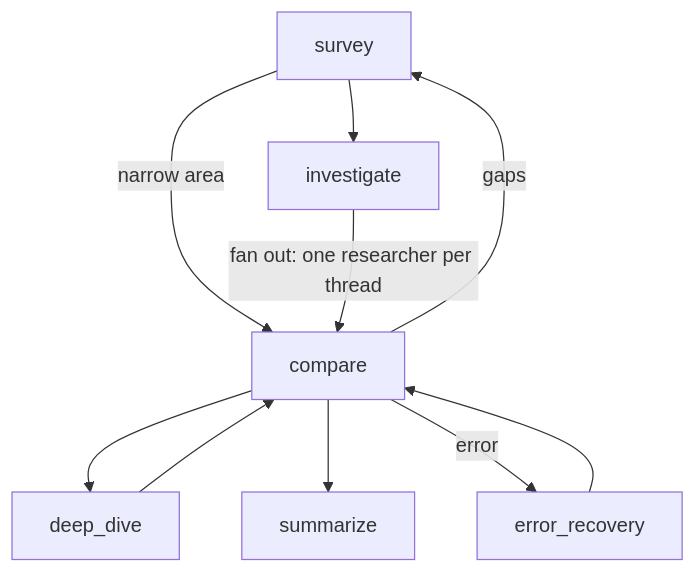
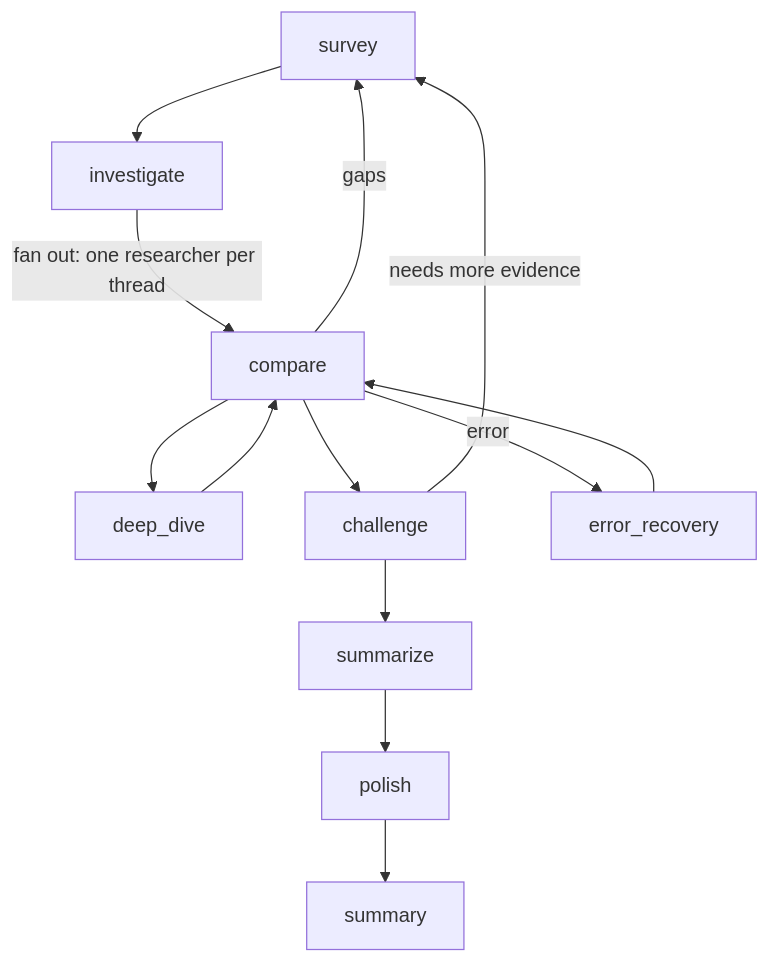
Before and after one commit to GEMISIS/leviath: the fifth of 7 diagrams in docs/content/agent-catalog.md, drawn with Mermaid. The commit also changed other lines of this file and 15 other files, not shown here.

````diff
--- a/docs/content/agent-catalog.md
+++ b/docs/content/agent-catalog.md
@@ -162,12 +162,15 @@
 ```mermaid
 flowchart TD
     survey --> investigate
-    survey -->|narrow area| compare
     investigate -->|"fan out: one researcher per thread"| compare
     compare -->|gaps| survey
     compare --> deep_dive
     deep_dive --> compare
-    compare --> summarize
+    compare --> challenge
+    challenge -->|"needs more evidence"| survey
+    challenge --> summarize
+    summarize --> polish
+    polish --> summary
     compare -->|error| error_recovery
     error_recovery --> compare
 ```
````
